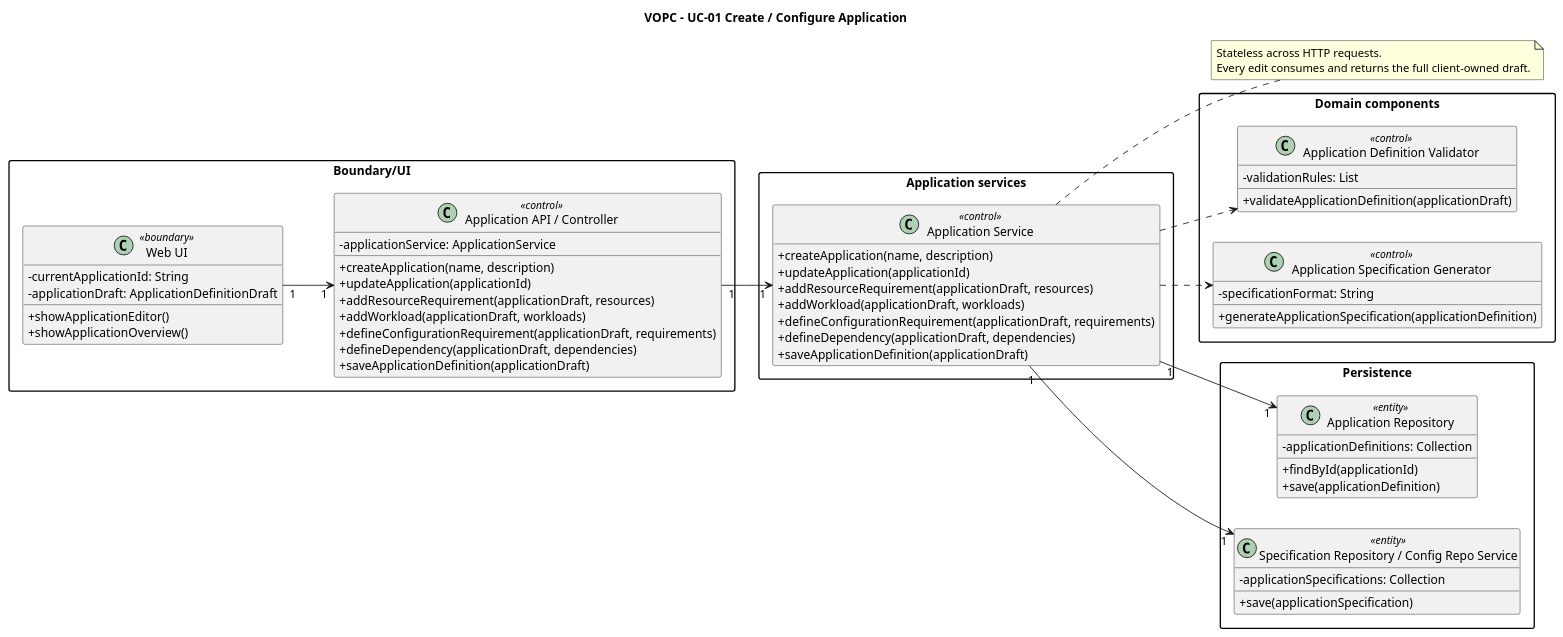
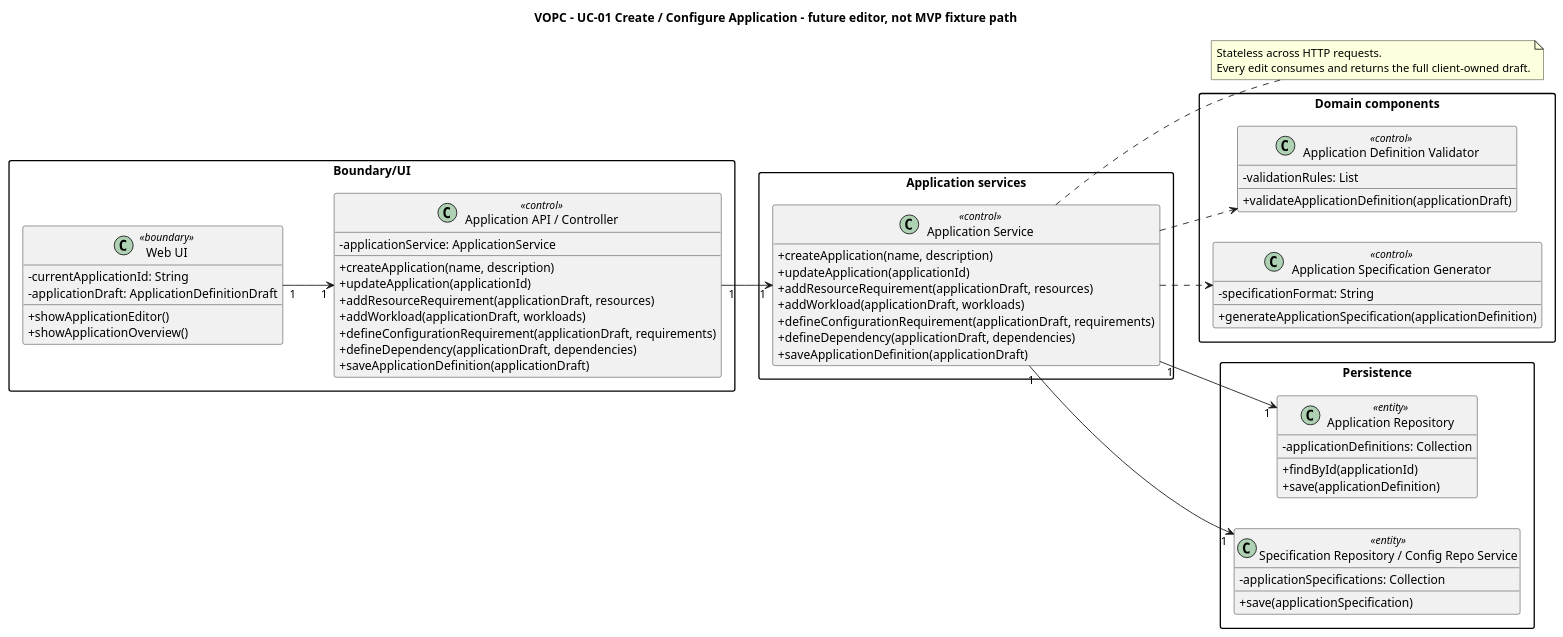
One commit to pr3s3nt/final_idp changed the diagram in 01_vopc_design_class_diagram/vopc_uc01.puml. Above: the diagram before and after it, drawn with PlantUML. The commit also changed 26 other files, not shown here.

```diff
--- a/01_vopc_design_class_diagram/vopc_uc01.puml
+++ b/01_vopc_design_class_diagram/vopc_uc01.puml
@@ -1,75 +1,75 @@
 @startuml
-title VOPC - UC-01 Create / Configure Application
+title VOPC - UC-01 Create / Configure Application - future editor, not MVP fixture path
 
 left to right direction
 skinparam packageStyle rectangle
 skinparam classAttributeIconSize 0
 hide empty members
 
 package "Boundary/UI" {
   class "Web UI" as WebUI <<boundary>> {
     -currentApplicationId: String
     -applicationDraft: ApplicationDefinitionDraft
     +showApplicationEditor()
     +showApplicationOverview()
   }
   class "Application API / Controller" as ApplicationAPI <<control>> {
     -applicationService: ApplicationService
     +createApplication(name, description)
     +updateApplication(applicationId)
     +addResourceRequirement(applicationDraft, resources)
     +addWorkload(applicationDraft, workloads)
     +defineConfigurationRequirement(applicationDraft, requirements)
     +defineDependency(applicationDraft, dependencies)
     +saveApplicationDefinition(applicationDraft)
   }
 }
 
 package "Application services" {
   class "Application Service" as ApplicationService <<control>> {
     +createApplication(name, description)
     +updateApplication(applicationId)
     +addResourceRequirement(applicationDraft, resources)
     +addWorkload(applicationDraft, workloads)
     +defineConfigurationRequirement(applicationDraft, requirements)
     +defineDependency(applicationDraft, dependencies)
     +saveApplicationDefinition(applicationDraft)
   }
 }
 
 package "Domain components" {
   class "Application Definition Validator" as Validator <<control>> {
     -validationRules: List
     +validateApplicationDefinition(applicationDraft)
   }
   class "Application Specification Generator" as SpecGenerator <<control>> {
     -specificationFormat: String
     +generateApplicationSpecification(applicationDefinition)
   }
 }
 
 package "Persistence" {
   class "Application Repository" as AppRepo <<entity>> {
     -applicationDefinitions: Collection
     +findById(applicationId)
     +save(applicationDefinition)
   }
   class "Specification Repository / Config Repo Service" as SpecRepo <<entity>> {
     -applicationSpecifications: Collection
     +save(applicationSpecification)
   }
 }
 
 WebUI "1" --> "1" ApplicationAPI
 ApplicationAPI "1" --> "1" ApplicationService
 ApplicationService ..> Validator
 ApplicationService "1" --> "1" AppRepo
 ApplicationService ..> SpecGenerator
 ApplicationService "1" --> "1" SpecRepo
 
 note right of ApplicationService
   Stateless across HTTP requests.
   Every edit consumes and returns the full client-owned draft.
 end note
 
 @enduml
```
